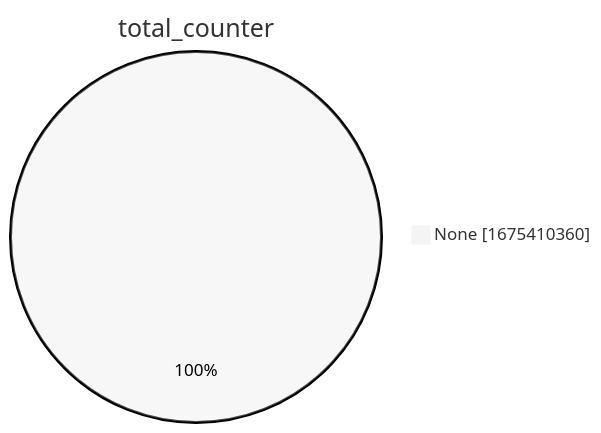
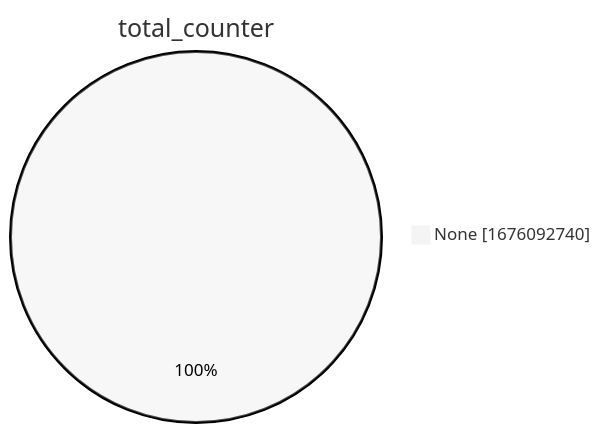
Before and after one commit to christiankrug/ctmonitor_visualization: the second of 15 diagrams in xenon2022/README.md, drawn with Mermaid (neutral theme). The commit also changed other lines of this file, not shown here.

````diff
--- a/xenon2022/README.md
+++ b/xenon2022/README.md
@@ -9,5 +9,5 @@
 ```mermaid
 pie showData
 title total_counter
-"None" :1675410360
+"None" :1676092740
 ```
````
